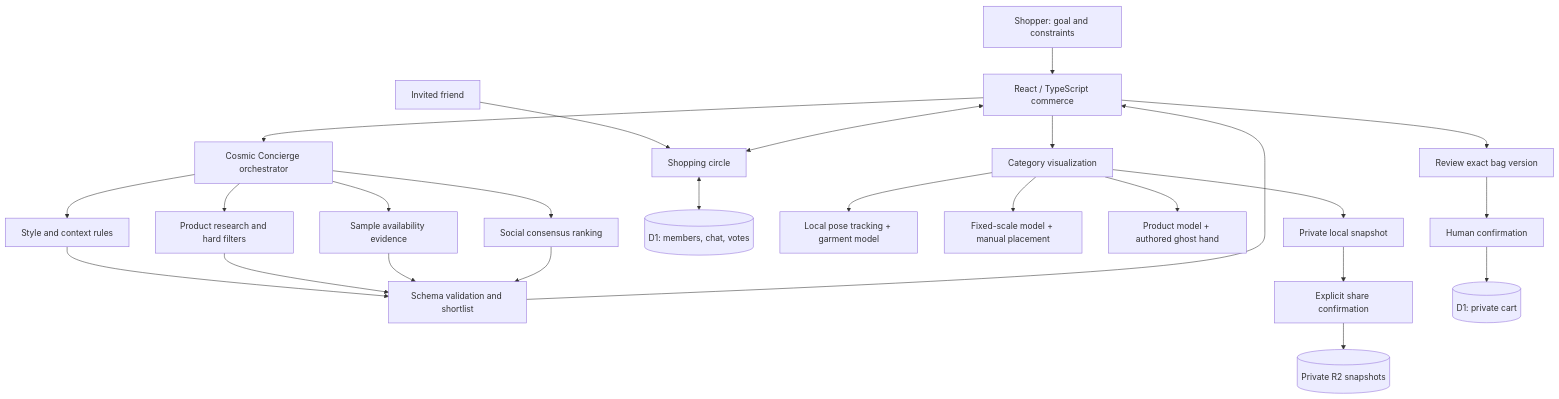
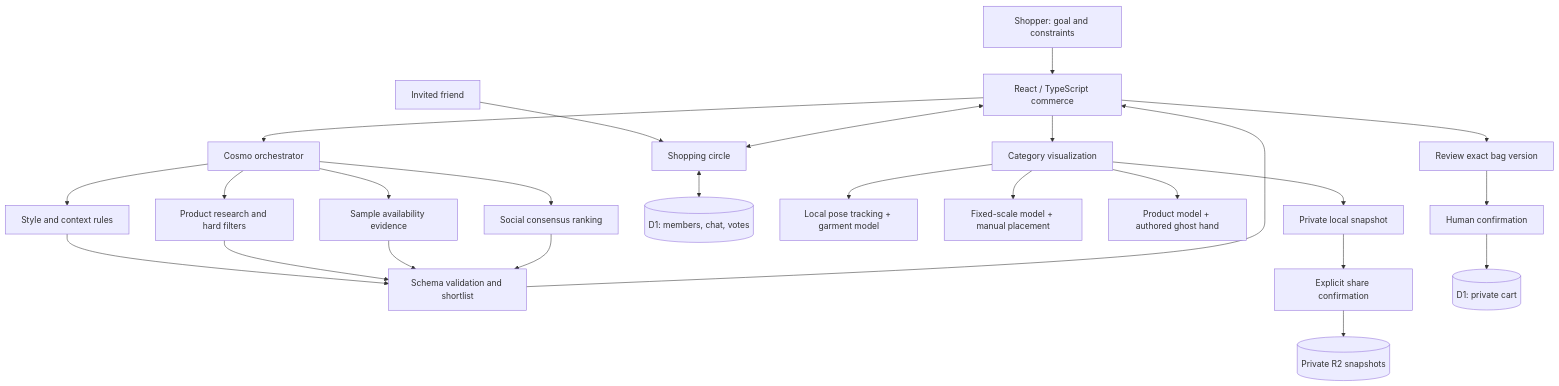
The diagram in cosmic-together/docs/BLUEPRINT.md (Mariotabares24/Windy-City-Wizards), drawn with Mermaid before and after one commit. The commit also changed 18 other files, not shown here.

First line of the commit message:
Brand the site as Cosmic Mart and name the agent Cosmo

````diff
--- a/cosmic-together/docs/BLUEPRINT.md
+++ b/cosmic-together/docs/BLUEPRINT.md
@@ -5,24 +5,24 @@
 ```mermaid
 flowchart TD
   Shopper[Shopper: goal and constraints] --> UI[React / TypeScript commerce]
   Friend[Invited friend] --> Circle[Shopping circle]
-  UI --> Concierge[Cosmic Concierge orchestrator]
+  UI --> Concierge[Cosmo orchestrator]
   Concierge --> Context[Style and context rules]
   Concierge --> Research[Product research and hard filters]
   Concierge --> Local[Sample availability evidence]
   Concierge --> Social[Social consensus ranking]
   Context & Research & Local & Social --> Validate[Schema validation and shortlist]
   Validate --> UI
   UI <--> Circle
   Circle <--> D1[(D1: members, chat, votes)]
   UI --> Spatial[Category visualization]
   Spatial --> Fashion[Local pose tracking + garment model]
   Spatial --> Home[Fixed-scale model + manual placement]
   Spatial --> Gadget[Product model + authored ghost hand]
   Spatial --> Capture[Private local snapshot]
   Capture --> Consent[Explicit share confirmation]
   Consent --> R2[(Private R2 snapshots)]
   UI --> Review[Review exact bag version]
   Review --> Confirm[Human confirmation]
   Confirm --> CartDB[(D1: private cart)]
 ```
````
